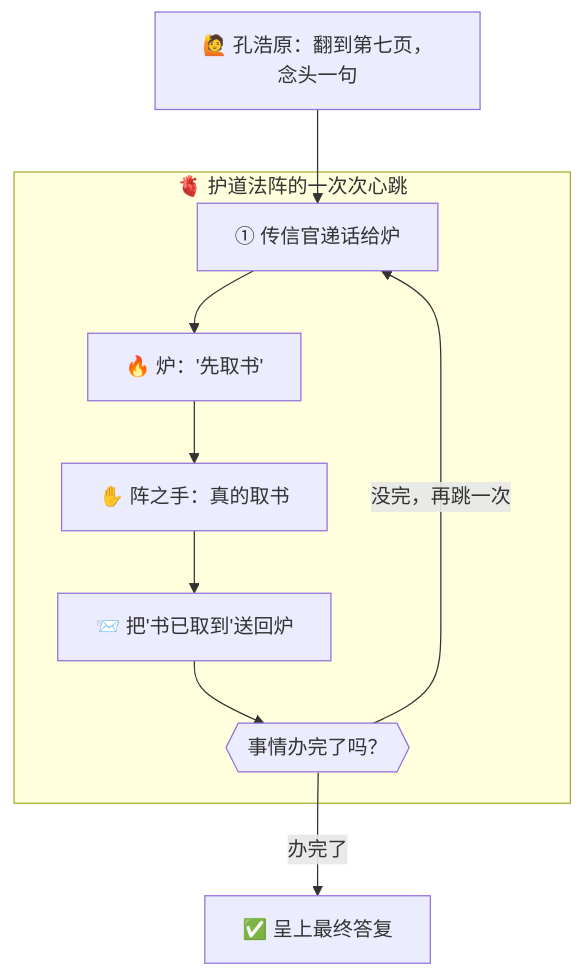
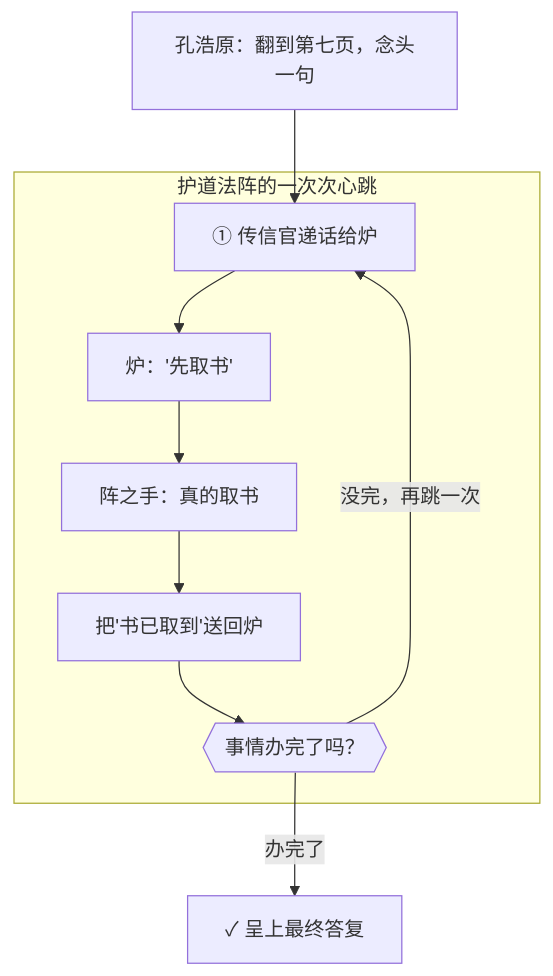
One commit to luckykhy/KhyAiHub changed the third of 4 diagrams in docs/09_STORY_修仙学AI/STORY-番外/[STORY-番外-102] 番外03·护道法阵·御炉真章.md. Above: the diagram before and after it, drawn with Mermaid. The commit also changed other lines of this file and 19 other files, not shown here.

````diff
--- a/docs/09_STORY_修仙学AI/STORY-番外/[STORY-番外-102] 番外03·护道法阵·御炉真章.md
+++ b/docs/09_STORY_修仙学AI/STORY-番外/[STORY-番外-102] 番外03·护道法阵·御炉真章.md
@@ -128,12 +128,12 @@
 ```mermaid
 flowchart TB
-  START["🙋 孔浩原：翻到第七页，念头一句"] --> T1
-  subgraph 心跳循环["🫀 护道法阵的一次次心跳"]
-    T1["① 传信官递话给炉"] --> T2["🔥 炉：'先取书'"]
-    T2 --> T3["✋ 阵之手：真的取书"]
-    T3 --> T4["📨 把'书已取到'送回炉"]
+  START["孔浩原：翻到第七页，念头一句"] --> T1
+  subgraph 心跳循环["护道法阵的一次次心跳"]
+    T1["① 传信官递话给炉"] --> T2["炉：'先取书'"]
+    T2 --> T3["阵之手：真的取书"]
+    T3 --> T4["把'书已取到'送回炉"]
     T4 --> Q{{"事情办完了吗？"}}
     Q -->|"没完，再跳一次"| T1
   end
-  Q -->|"办完了"| DONE["✅ 呈上最终答复"]
+  Q -->|"办完了"| DONE["✓ 呈上最终答复"]
 ```
````
